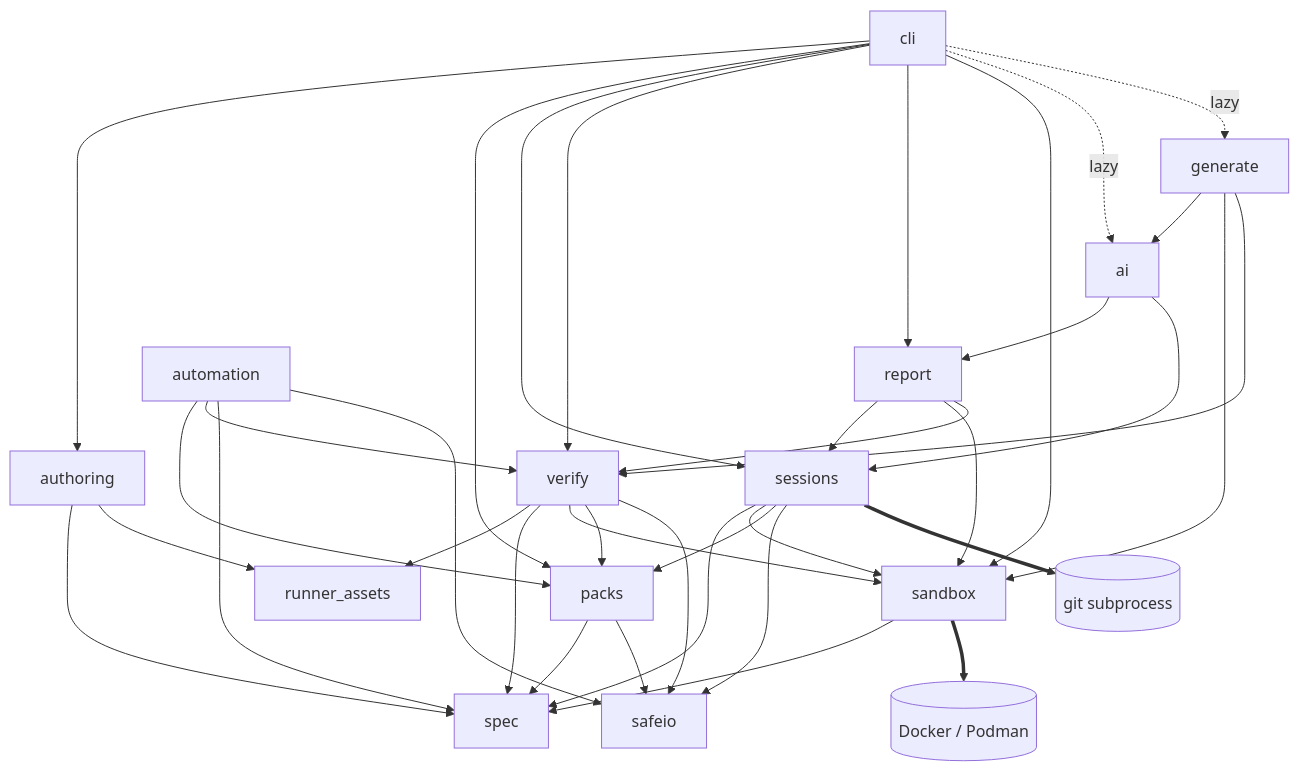
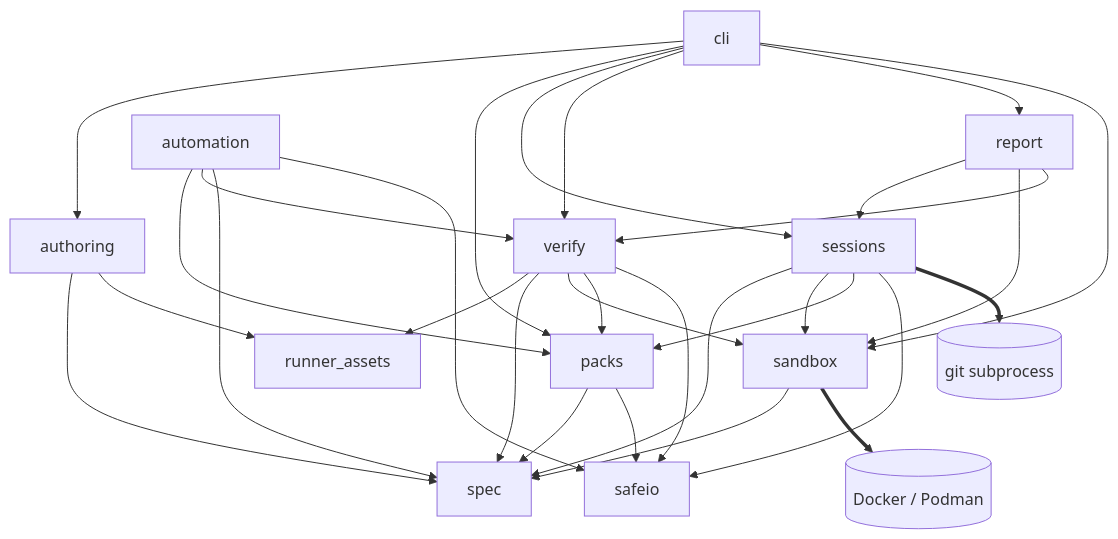
One commit to franndeli/patchground changed the diagram in architecture.md. Above: the diagram before and after it, drawn with Mermaid. The commit also changed other lines of this file and 29 other files, not shown here.

````diff
--- a/architecture.md
+++ b/architecture.md
@@ -18,17 +19,14 @@
 ```mermaid
 flowchart TD
   cli --> authoring & packs & sessions & verify & report & sandbox
   authoring --> spec & runner_assets
   verify --> runner_assets
   automation --> packs & verify & spec & safeio
-  cli -. lazy .-> ai & generate
   packs --> spec & safeio
   sessions --> spec & sandbox & packs & safeio
   verify --> spec & sandbox & packs & safeio
   report --> sessions & sandbox & verify
   sandbox --> spec
-  ai --> report & sessions
-  generate --> ai & sandbox & verify
   sandbox ==> docker[(Docker / Podman)]
   sessions ==> git[(git subprocess)]
 ```
````
